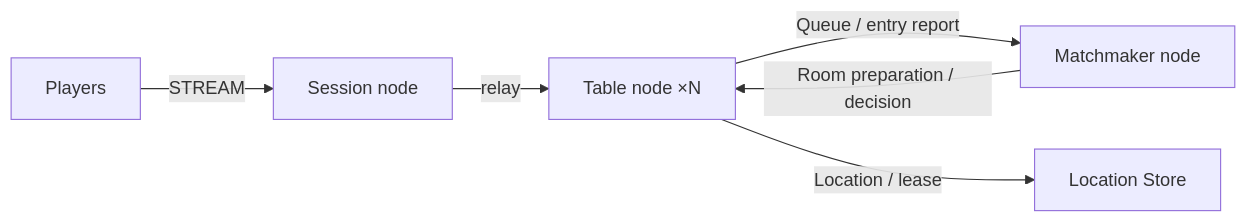
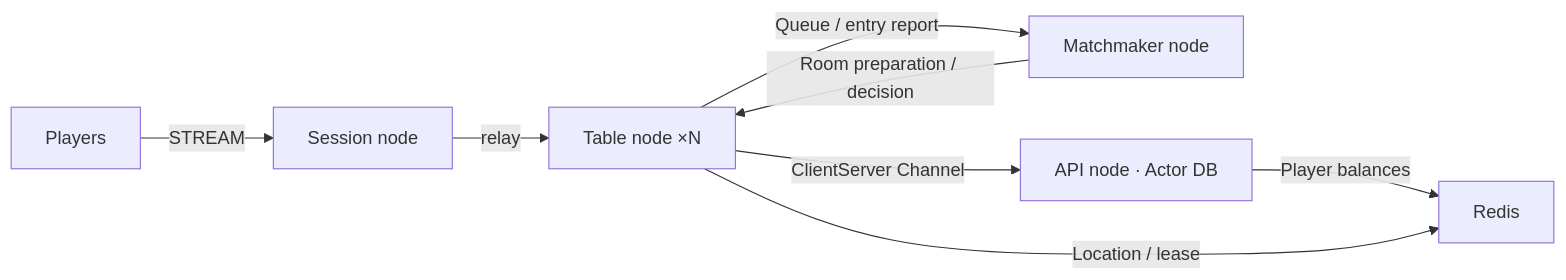
Before and after one commit to zlink-systems/zlink: the diagram in framework/languages/java/templates/kotlin/board-tables/my-game/README.ko.md, drawn with Mermaid. The commit also changed other lines of this file and 22 other files, not shown here.

Commit message:
feat(templates): Kotlin board-tables API node(Actor DB) — persist는 #5461로 실패 중 (#5350)

````diff
--- a/framework/languages/java/templates/kotlin/board-tables/my-game/README.ko.md
+++ b/framework/languages/java/templates/kotlin/board-tables/my-game/README.ko.md
@@ -7,8 +7,10 @@
 ```mermaid
 flowchart LR
   players[Players] -->|STREAM| session[Session node]
   session -->|relay| table[Table node ×N]
   table -->|Queue / entry report| pool[Matchmaker node]
   pool -->|Room preparation / decision| table
-  table -->|Location / lease| location[Location Store]
+  table -->|ClientServer Channel| api[API node · Actor DB]
+  api -->|Player balances| location[Redis]
+  table -->|Location / lease| location
 ```
````
